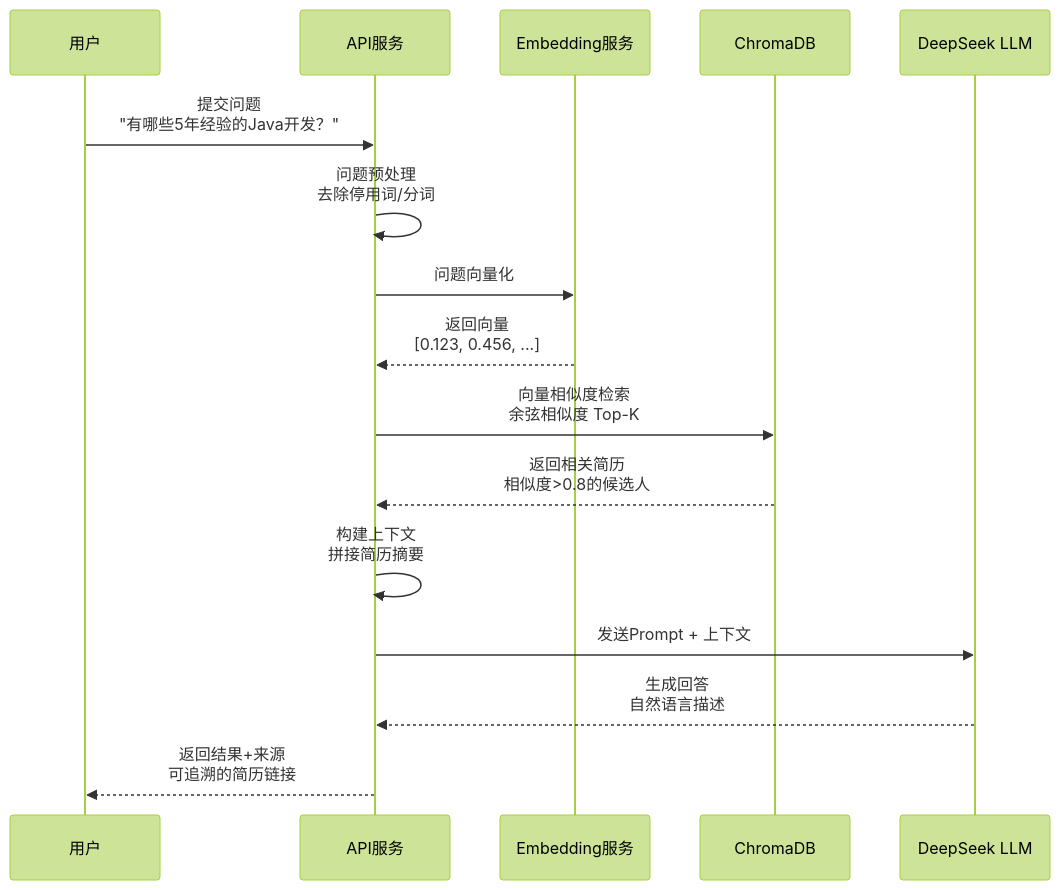
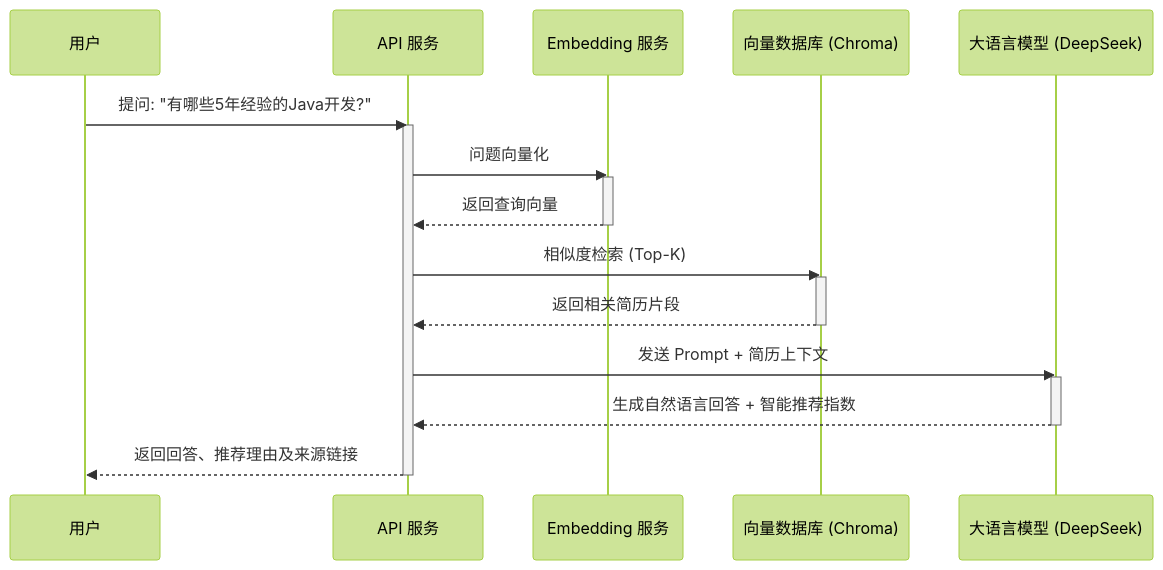
One commit to xt765/ResumeScreening changed the seventh of 11 diagrams in README.md. Above: the diagram before and after it, drawn with Mermaid (forest theme). The commit also changed other lines of this file and 5 other files, not shown here.

Commit message:
refactor: remove similarity score and update documentation diagrams

````diff
--- a/README.md
+++ b/README.md
@@ -357,19 +386,29 @@
 ```mermaid
 sequenceDiagram
-    participant U as 用户
-    participant A as API服务
-    participant E as Embedding服务
-    participant C as ChromaDB
-    participant L as DeepSeek LLM
+    participant User as 用户
+    participant API as API 服务
+    participant Embed as Embedding 服务
+    participant DB as 向量数据库 (Chroma)
+    participant LLM as 大语言模型 (DeepSeek)
     
-    U->>A: 提交问题<br/>"有哪些5年经验的Java开发？"
-    A->>A: 问题预处理<br/>去除停用词/分词
-    A->>E: 问题向量化
-    E-->>A: 返回向量<br/>[0.123, 0.456, ...]
-    A->>C: 向量相似度检索<br/>余弦相似度 Top-K
-    C-->>A: 返回相关简历<br/>相似度>0.8的候选人
-    A->>A: 构建上下文<br/>拼接简历摘要
-    A->>L: 发送Prompt + 上下文
-    L-->>A: 生成回答<br/>自然语言描述
-    A-->>U: 返回结果+来源<br/>可追溯的简历链接
+    User->>API: 提问: "有哪些5年经验的Java开发?"
+    activate API
+    
+    API->>Embed: 问题向量化
+    activate Embed
+    Embed-->>API: 返回查询向量
+    deactivate Embed
+    
+    API->>DB: 相似度检索 (Top-K)
+    activate DB
+    DB-->>API: 返回相关简历片段
+    deactivate DB
+    
+    API->>LLM: 发送 Prompt + 简历上下文
+    activate LLM
+    LLM-->>API: 生成自然语言回答 + 智能推荐指数
+    deactivate LLM
+    
+    API-->>User: 返回回答、推荐理由及来源链接
+    deactivate API
 ```
````
